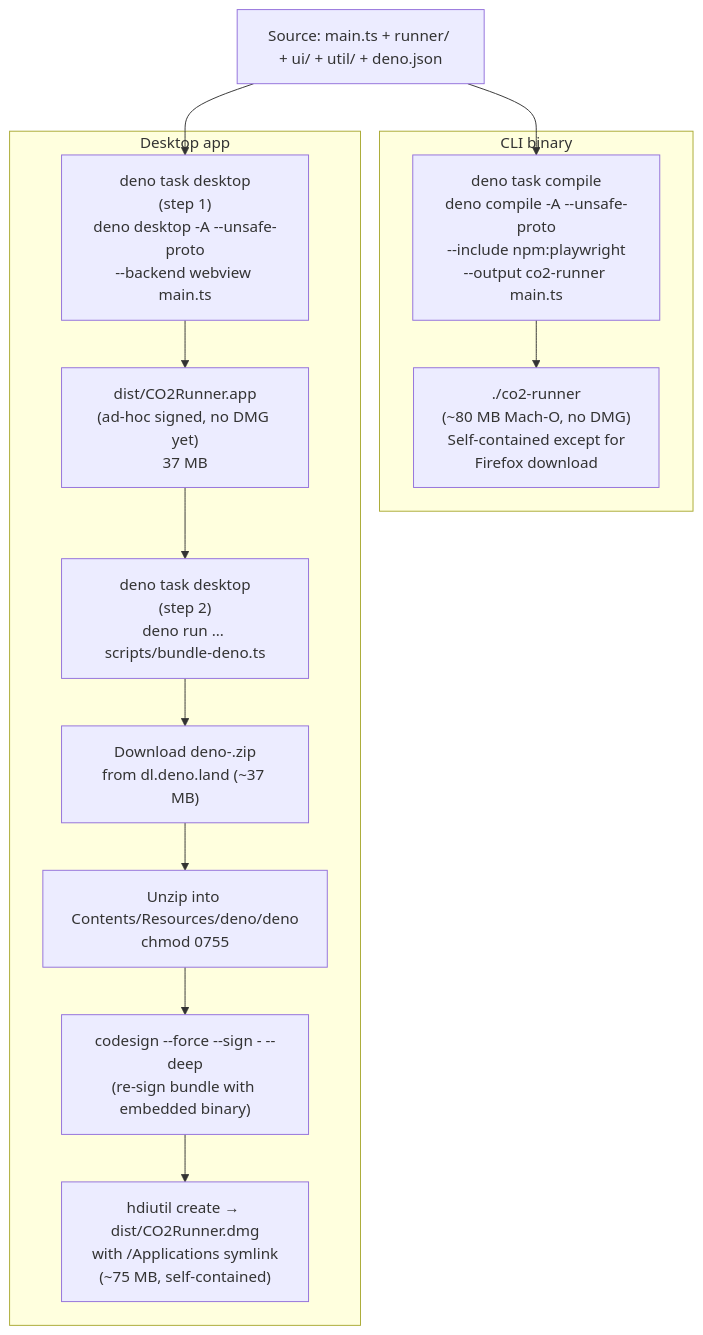
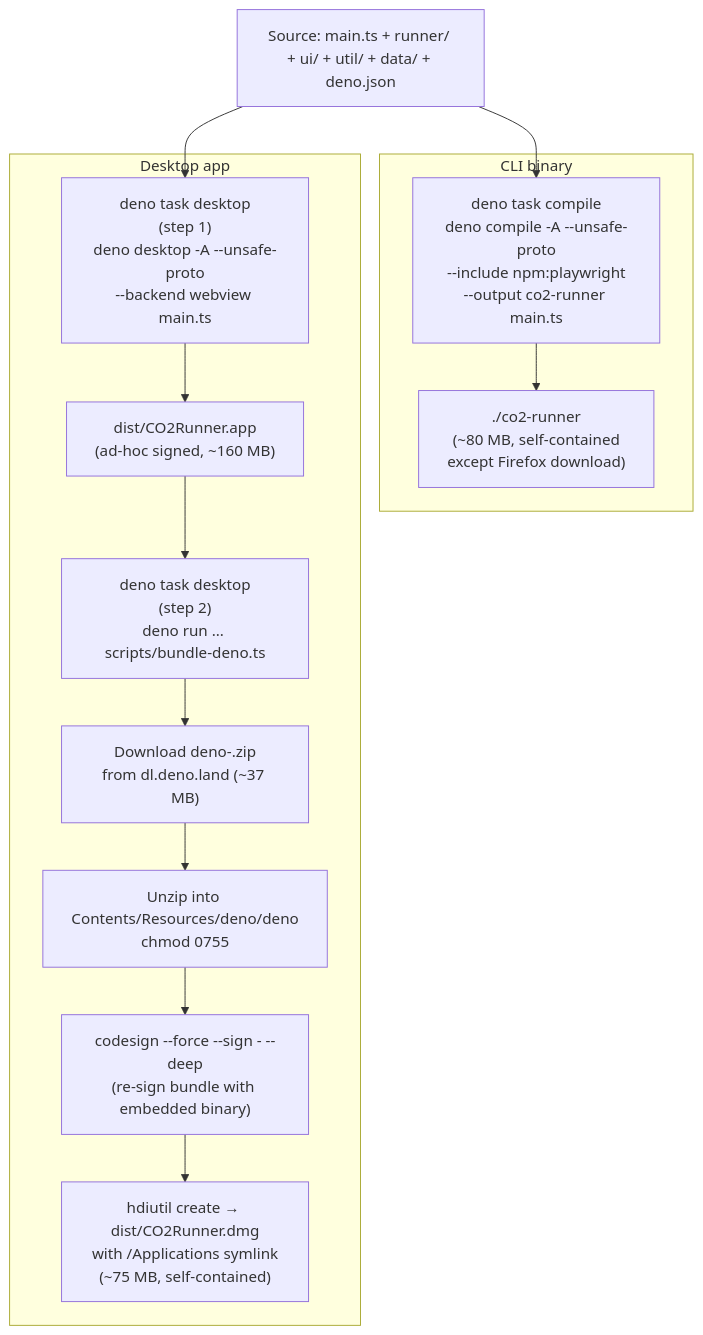
Before and after one commit to mrchrisadams/co2-runner: the tenth of 13 diagrams in docs/architecture.md, drawn with Mermaid. The commit also changed other lines of this file, not shown here.

First line of the commit message:
Add C4 model diagrams to architecture.md + update out-of-date sections

````diff
--- a/docs/architecture.md
+++ b/docs/architecture.md
@@ -306,23 +396,23 @@
 ```mermaid
 flowchart TD
-    SRC["Source: main.ts + runner/ + ui/ + util/ + deno.json"]
+    SRC["Source: main.ts + runner/ + ui/ + util/ + data/ + deno.json"]
 
     subgraph "CLI binary"
         COMPILE["deno task compile<br/>deno compile -A --unsafe-proto<br/>--include npm:playwright<br/>--output co2-runner main.ts"]
-        COMPILE --> CLIBIN["./co2-runner<br/>(~80 MB Mach-O, no DMG)<br/>Self-contained except for<br/>Firefox download"]
+        COMPILE --> CLIBIN["./co2-runner<br/>(~80 MB, self-contained<br/>except Firefox download)"]
     end
 
     subgraph "Desktop app"
         DESKTOP["deno task desktop<br/>(step 1)<br/>deno desktop -A --unsafe-proto<br/>--backend webview main.ts"]
-        DESKTOP --> BARE["dist/CO2Runner.app<br/>(ad-hoc signed, no DMG yet)<br/>37 MB"]
+        DESKTOP --> BARE["dist/CO2Runner.app<br/>(ad-hoc signed, ~160 MB)"]
         BUNDLE["deno task desktop<br/>(step 2)<br/>deno run ... scripts/bundle-deno.ts"]
         BARE --> BUNDLE
         BUNDLE --> DOWN["Download deno-<triple>.zip<br/>from dl.deno.land (~37 MB)"]
         DOWN --> PLACE["Unzip into Contents/Resources/deno/deno<br/>chmod 0755"]
         PLACE --> SIGN["codesign --force --sign - --deep<br/>(re-sign bundle with embedded binary)"]
         SIGN --> DMG["hdiutil create → dist/CO2Runner.dmg<br/>with /Applications symlink<br/>(~75 MB, self-contained)"]
     end
 
     SRC --> COMPILE
     SRC --> DESKTOP
 ```
````
